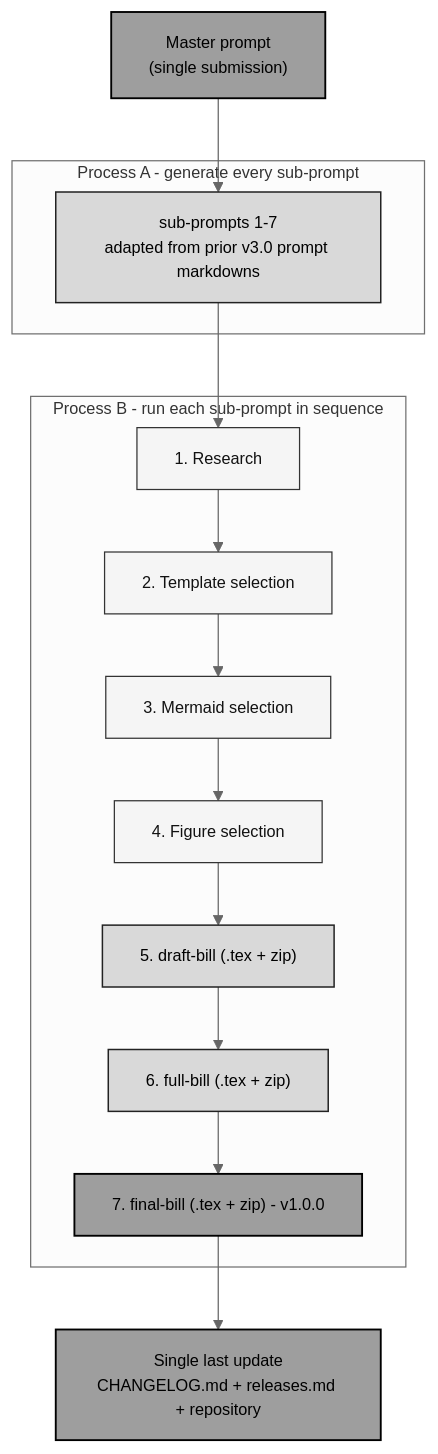
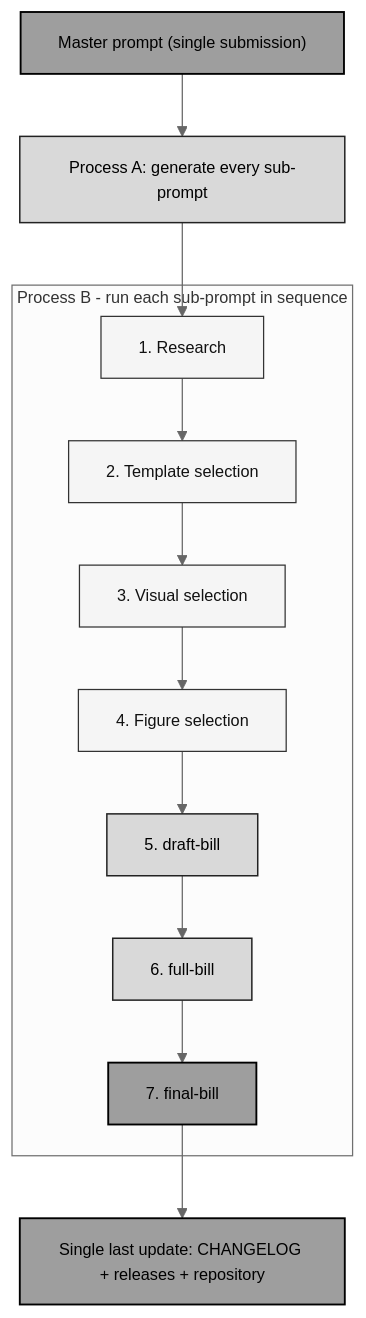
The diagram in README.md (kevinkawchak/single-prompt-bill), drawn with Mermaid before and after one commit. The commit also changed other lines of this file, not shown here.

````diff
--- a/README.md
+++ b/README.md
@@ -42,23 +42,20 @@
 ```mermaid
 %%{init: {'theme':'neutral','themeVariables':{'fontSize':'13px'}}}%%
 flowchart TB
-    MP["Master prompt<br/>(single submission)"]:::dark
-    subgraph A["Process A - generate every sub-prompt"]
-      SP["sub-prompts 1-7<br/>adapted from prior v3.0 prompt markdowns"]:::mid
-    end
+    MP["Master prompt (single submission)"]:::dark
+    SP["Process A: generate every sub-prompt"]:::mid
     subgraph B["Process B - run each sub-prompt in sequence"]
       S1["1. Research"]:::light
       S2["2. Template selection"]:::light
-      S3["3. Mermaid selection"]:::light
+      S3["3. Visual selection"]:::light
       S4["4. Figure selection"]:::light
-      S5["5. draft-bill (.tex + zip)"]:::mid
-      S6["6. full-bill (.tex + zip)"]:::mid
-      S7["7. final-bill (.tex + zip) - v1.0.0"]:::dark
+      S5["5. draft-bill"]:::mid
+      S6["6. full-bill"]:::mid
+      S7["7. final-bill"]:::dark
     end
-    REL["Single last update<br/>CHANGELOG.md + releases.md + repository"]:::dark
-    MP --> SP
-    SP --> S1 --> S2 --> S3 --> S4 --> S5 --> S6 --> S7 --> REL
+    REL["Single last update: CHANGELOG + releases + repository"]:::dark
+    MP --> SP --> S1 --> S2 --> S3 --> S4 --> S5 --> S6 --> S7 --> REL
     classDef light fill:#f5f5f5,stroke:#333,stroke-width:1px,color:#111
     classDef mid fill:#d9d9d9,stroke:#222,stroke-width:1.2px,color:#000
     classDef dark fill:#9e9e9e,stroke:#000,stroke-width:1.5px,color:#000
 ```
````
